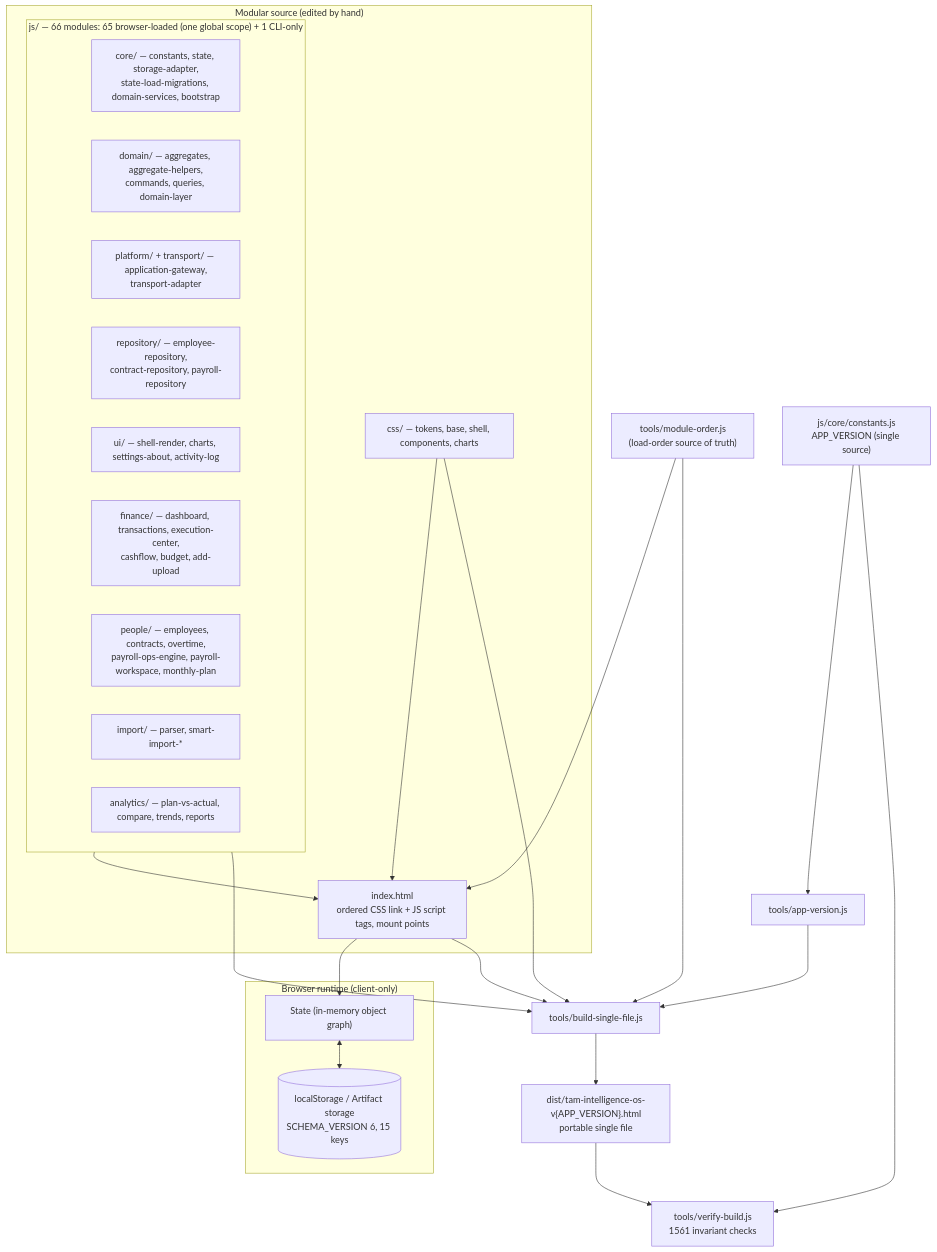
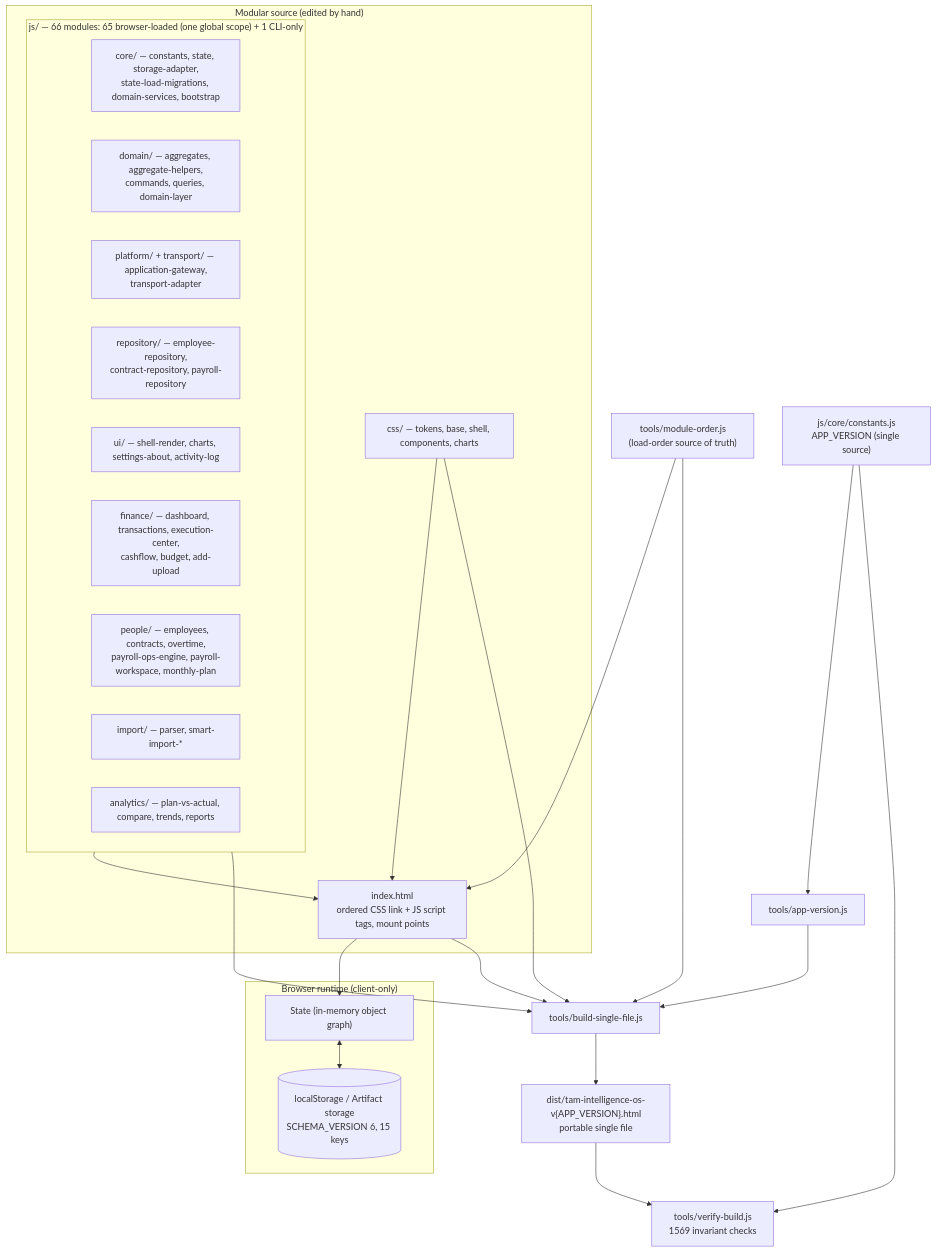
One commit to fanoryu/TAM-Intelligence-OS changed the first of 3 diagrams in ARCHITECTURE.md. Above: the diagram before and after it, drawn with Mermaid. The commit also changed other lines of this file and 2 other files, not shown here.

````diff
--- a/ARCHITECTURE.md
+++ b/ARCHITECTURE.md
@@ -56,45 +66,45 @@
 ```mermaid
 flowchart TD
   subgraph SRC["Modular source (edited by hand)"]
     IDX["index.html<br/>ordered CSS link + JS script tags, mount points"]
     CSS["css/ — tokens, base, shell, components, charts"]
     subgraph JSMOD["js/ — 66 modules: 65 browser-loaded (one global scope) + 1 CLI-only"]
       CORE["core/ — constants, state, storage-adapter,<br/>state-load-migrations, domain-services, bootstrap"]
       DOM["domain/ — aggregates, aggregate-helpers,<br/>commands, queries, domain-layer"]
       PLAT["platform/ + transport/ — application-gateway,<br/>transport-adapter"]
       REPO["repository/ — employee-repository,<br/>contract-repository, payroll-repository"]
       UI["ui/ — shell-render, charts, settings-about, activity-log"]
       FIN["finance/ — dashboard, transactions, execution-center,<br/>cashflow, budget, add-upload"]
       PPL["people/ — employees, contracts, overtime,<br/>payroll-ops-engine, payroll-workspace, monthly-plan"]
       IMP["import/ — parser, smart-import-*"]
       ANA["analytics/ — plan-vs-actual, compare, trends, reports"]
     end
   end
 
   subgraph RUN["Browser runtime (client-only)"]
     STATE["State (in-memory object graph)"]
     LS[("localStorage / Artifact storage<br/>SCHEMA_VERSION 6, 15 keys")]
   end
 
   ORDER["tools/module-order.js<br/>(load-order source of truth)"]
   CONST["js/core/constants.js<br/>APP_VERSION (single source)"]
   AV["tools/app-version.js"]
   BUILD["tools/build-single-file.js"]
-  VERIFY["tools/verify-build.js<br/>1561 invariant checks"]
+  VERIFY["tools/verify-build.js<br/>1569 invariant checks"]
   DIST["dist/tam-intelligence-os-v{APP_VERSION}.html<br/>portable single file"]
 
   CSS --> IDX
   JSMOD --> IDX
   IDX --> STATE
   STATE <--> LS
 
   ORDER --> IDX
   ORDER --> BUILD
   CONST --> AV --> BUILD
   IDX --> BUILD
   CSS --> BUILD
   JSMOD --> BUILD
   BUILD --> DIST
   DIST --> VERIFY
   CONST --> VERIFY
 ```
````
